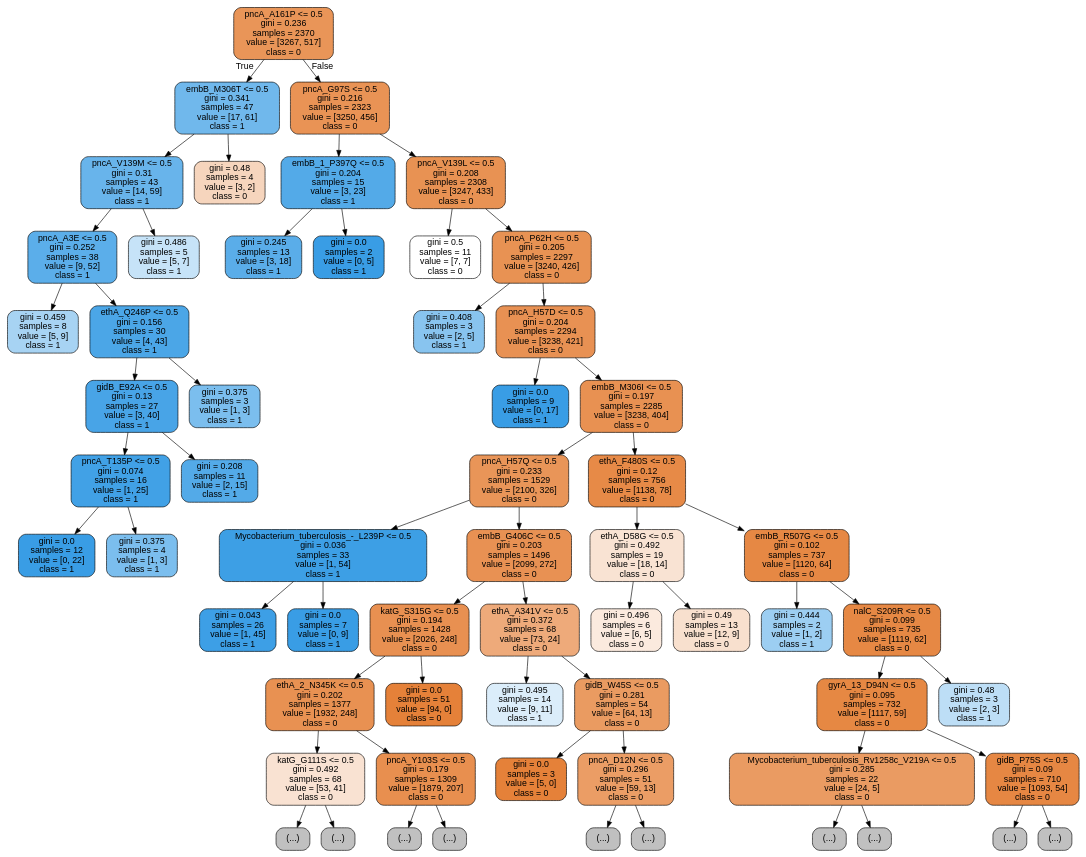
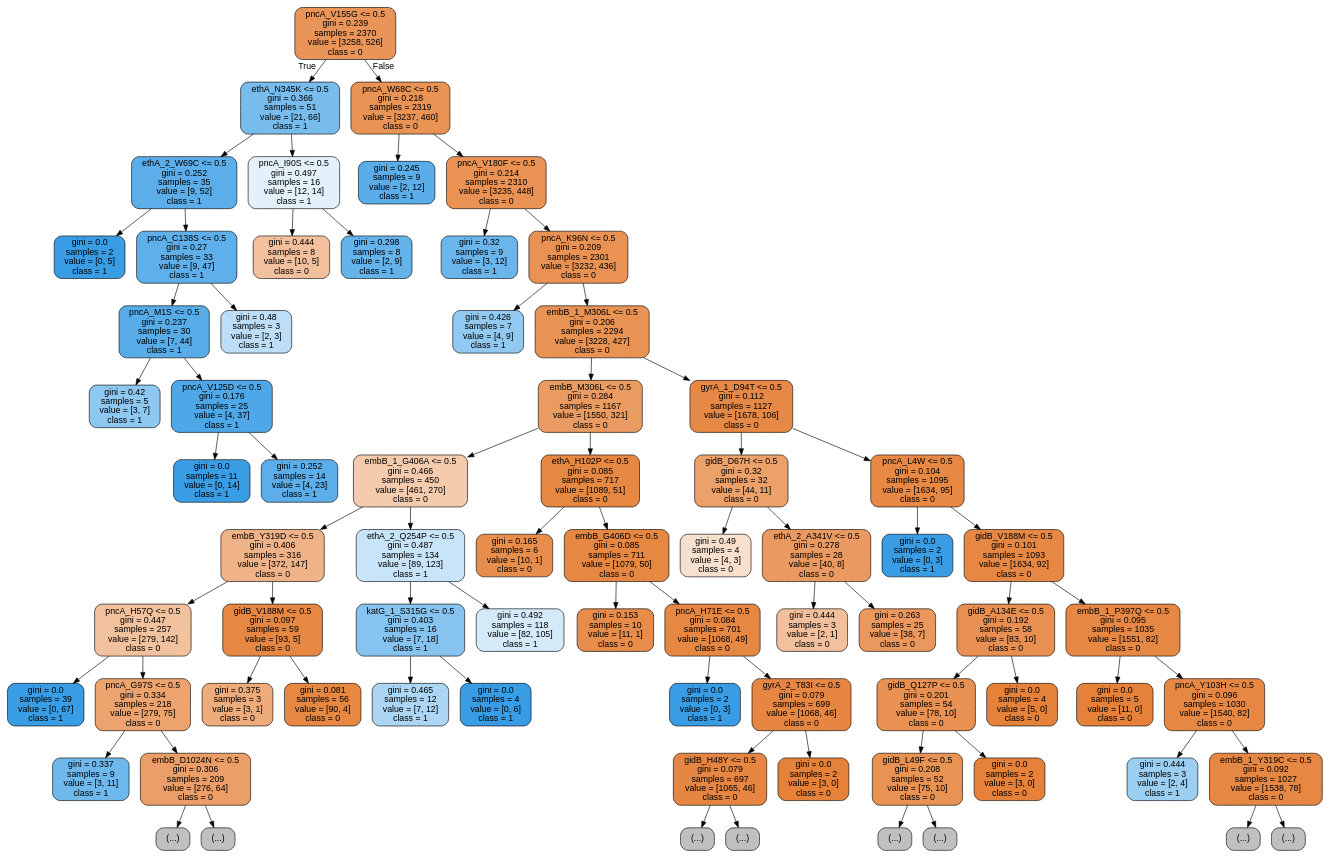
The diagram in code/method/tree.dot (Fortissible/tuberculosis-resistance-classification), drawn with Graphviz before and after one commit. The commit also changed 62 other files, not shown here.

```diff
--- a/code/method/tree.dot
+++ b/code/method/tree.dot
@@ -1,125 +1,149 @@
 digraph Tree {
 node [shape=box, style="filled, rounded", color="black", fontname="helvetica"] ;
 edge [fontname="helvetica"] ;
-0 [label="pncA_A161P <= 0.5\ngini = 0.236\nsamples = 2370\nvalue = [3267, 517]\nclass = 0", fillcolor="#e99558"] ;
-1 [label="embB_M306T <= 0.5\ngini = 0.341\nsamples = 47\nvalue = [17, 61]\nclass = 1", fillcolor="#70b8ec"] ;
+0 [label="pncA_V155G <= 0.5\ngini = 0.239\nsamples = 2370\nvalue = [3258, 526]\nclass = 0", fillcolor="#e99559"] ;
+1 [label="ethA_N345K <= 0.5\ngini = 0.366\nsamples = 51\nvalue = [21, 66]\nclass = 1", fillcolor="#78bced"] ;
 0 -> 1 [labeldistance=2.5, labelangle=45, headlabel="True"] ;
-2 [label="pncA_V139M <= 0.5\ngini = 0.31\nsamples = 43\nvalue = [14, 59]\nclass = 1", fillcolor="#68b4eb"] ;
+2 [label="ethA_2_W69C <= 0.5\ngini = 0.252\nsamples = 35\nvalue = [9, 52]\nclass = 1", fillcolor="#5baeea"] ;
 1 -> 2 ;
-3 [label="pncA_A3E <= 0.5\ngini = 0.252\nsamples = 38\nvalue = [9, 52]\nclass = 1", fillcolor="#5baeea"] ;
+3 [label="gini = 0.0\nsamples = 2\nvalue = [0, 5]\nclass = 1", fillcolor="#399de5"] ;
 2 -> 3 ;
-4 [label="gini = 0.459\nsamples = 8\nvalue = [5, 9]\nclass = 1", fillcolor="#a7d3f3"] ;
-3 -> 4 ;
-5 [label="ethA_Q246P <= 0.5\ngini = 0.156\nsamples = 30\nvalue = [4, 43]\nclass = 1", fillcolor="#4ba6e7"] ;
-3 -> 5 ;
-6 [label="gidB_E92A <= 0.5\ngini = 0.13\nsamples = 27\nvalue = [3, 40]\nclass = 1", fillcolor="#48a4e7"] ;
+4 [label="pncA_C138S <= 0.5\ngini = 0.27\nsamples = 33\nvalue = [9, 47]\nclass = 1", fillcolor="#5fb0ea"] ;
+2 -> 4 ;
+5 [label="pncA_M1S <= 0.5\ngini = 0.237\nsamples = 30\nvalue = [7, 44]\nclass = 1", fillcolor="#58ade9"] ;
+4 -> 5 ;
+6 [label="gini = 0.42\nsamples = 5\nvalue = [3, 7]\nclass = 1", fillcolor="#8ec7f0"] ;
 5 -> 6 ;
-7 [label="pncA_T135P <= 0.5\ngini = 0.074\nsamples = 16\nvalue = [1, 25]\nclass = 1", fillcolor="#41a1e6"] ;
-6 -> 7 ;
-8 [label="gini = 0.0\nsamples = 12\nvalue = [0, 22]\nclass = 1", fillcolor="#399de5"] ;
+7 [label="pncA_V125D <= 0.5\ngini = 0.176\nsamples = 25\nvalue = [4, 37]\nclass = 1", fillcolor="#4ea8e8"] ;
+5 -> 7 ;
+8 [label="gini = 0.0\nsamples = 11\nvalue = [0, 14]\nclass = 1", fillcolor="#399de5"] ;
 7 -> 8 ;
-9 [label="gini = 0.375\nsamples = 4\nvalue = [1, 3]\nclass = 1", fillcolor="#7bbeee"] ;
+9 [label="gini = 0.252\nsamples = 14\nvalue = [4, 23]\nclass = 1", fillcolor="#5baeea"] ;
 7 -> 9 ;
-10 [label="gini = 0.208\nsamples = 11\nvalue = [2, 15]\nclass = 1", fillcolor="#53aae8"] ;
-6 -> 10 ;
-11 [label="gini = 0.375\nsamples = 3\nvalue = [1, 3]\nclass = 1", fillcolor="#7bbeee"] ;
-5 -> 11 ;
-12 [label="gini = 0.486\nsamples = 5\nvalue = [5, 7]\nclass = 1", fillcolor="#c6e3f8"] ;
-2 -> 12 ;
-13 [label="gini = 0.48\nsamples = 4\nvalue = [3, 2]\nclass = 0", fillcolor="#f6d5bd"] ;
-1 -> 13 ;
-14 [label="pncA_G97S <= 0.5\ngini = 0.216\nsamples = 2323\nvalue = [3250, 456]\nclass = 0", fillcolor="#e99355"] ;
+10 [label="gini = 0.48\nsamples = 3\nvalue = [2, 3]\nclass = 1", fillcolor="#bddef6"] ;
+4 -> 10 ;
+11 [label="pncA_I90S <= 0.5\ngini = 0.497\nsamples = 16\nvalue = [12, 14]\nclass = 1", fillcolor="#e3f1fb"] ;
+1 -> 11 ;
+12 [label="gini = 0.444\nsamples = 8\nvalue = [10, 5]\nclass = 0", fillcolor="#f2c09c"] ;
+11 -> 12 ;
+13 [label="gini = 0.298\nsamples = 8\nvalue = [2, 9]\nclass = 1", fillcolor="#65b3eb"] ;
+11 -> 13 ;
+14 [label="pncA_W68C <= 0.5\ngini = 0.218\nsamples = 2319\nvalue = [3237, 460]\nclass = 0", fillcolor="#e99355"] ;
 0 -> 14 [labeldistance=2.5, labelangle=-45, headlabel="False"] ;
-15 [label="embB_1_P397Q <= 0.5\ngini = 0.204\nsamples = 15\nvalue = [3, 23]\nclass = 1", fillcolor="#53aae8"] ;
+15 [label="gini = 0.245\nsamples = 9\nvalue = [2, 12]\nclass = 1", fillcolor="#5aade9"] ;
 14 -> 15 ;
-16 [label="gini = 0.245\nsamples = 13\nvalue = [3, 18]\nclass = 1", fillcolor="#5aade9"] ;
-15 -> 16 ;
-17 [label="gini = 0.0\nsamples = 2\nvalue = [0, 5]\nclass = 1", fillcolor="#399de5"] ;
-15 -> 17 ;
-18 [label="pncA_V139L <= 0.5\ngini = 0.208\nsamples = 2308\nvalue = [3247, 433]\nclass = 0", fillcolor="#e89253"] ;
-14 -> 18 ;
-19 [label="gini = 0.5\nsamples = 11\nvalue = [7, 7]\nclass = 0", fillcolor="#ffffff"] ;
+16 [label="pncA_V180F <= 0.5\ngini = 0.214\nsamples = 2310\nvalue = [3235, 448]\nclass = 0", fillcolor="#e99254"] ;
+14 -> 16 ;
+17 [label="gini = 0.32\nsamples = 9\nvalue = [3, 12]\nclass = 1", fillcolor="#6ab6ec"] ;
+16 -> 17 ;
+18 [label="pncA_K96N <= 0.5\ngini = 0.209\nsamples = 2301\nvalue = [3232, 436]\nclass = 0", fillcolor="#e99254"] ;
+16 -> 18 ;
+19 [label="gini = 0.426\nsamples = 7\nvalue = [4, 9]\nclass = 1", fillcolor="#91c9f1"] ;
 18 -> 19 ;
-20 [label="pncA_P62H <= 0.5\ngini = 0.205\nsamples = 2297\nvalue = [3240, 426]\nclass = 0", fillcolor="#e89253"] ;
+20 [label="embB_1_M306L <= 0.5\ngini = 0.206\nsamples = 2294\nvalue = [3228, 427]\nclass = 0", fillcolor="#e89253"] ;
 18 -> 20 ;
-21 [label="gini = 0.408\nsamples = 3\nvalue = [2, 5]\nclass = 1", fillcolor="#88c4ef"] ;
+21 [label="embB_M306L <= 0.5\ngini = 0.284\nsamples = 1167\nvalue = [1550, 321]\nclass = 0", fillcolor="#ea9b62"] ;
 20 -> 21 ;
-22 [label="pncA_H57D <= 0.5\ngini = 0.204\nsamples = 2294\nvalue = [3238, 421]\nclass = 0", fillcolor="#e89153"] ;
-20 -> 22 ;
-23 [label="gini = 0.0\nsamples = 9\nvalue = [0, 17]\nclass = 1", fillcolor="#399de5"] ;
+22 [label="embB_1_G406A <= 0.5\ngini = 0.466\nsamples = 450\nvalue = [461, 270]\nclass = 0", fillcolor="#f4cbad"] ;
+21 -> 22 ;
+23 [label="embB_Y319D <= 0.5\ngini = 0.406\nsamples = 316\nvalue = [372, 147]\nclass = 0", fillcolor="#efb387"] ;
 22 -> 23 ;
-24 [label="embB_M306I <= 0.5\ngini = 0.197\nsamples = 2285\nvalue = [3238, 404]\nclass = 0", fillcolor="#e89152"] ;
-22 -> 24 ;
-25 [label="pncA_H57Q <= 0.5\ngini = 0.233\nsamples = 1529\nvalue = [2100, 326]\nclass = 0", fillcolor="#e99558"] ;
+24 [label="pncA_H57Q <= 0.5\ngini = 0.447\nsamples = 257\nvalue = [279, 142]\nclass = 0", fillcolor="#f2c19e"] ;
+23 -> 24 ;
+25 [label="gini = 0.0\nsamples = 39\nvalue = [0, 67]\nclass = 1", fillcolor="#399de5"] ;
 24 -> 25 ;
-26 [label="Mycobacterium_tuberculosis_-_L239P <= 0.5\ngini = 0.036\nsamples = 33\nvalue = [1, 54]\nclass = 1", fillcolor="#3d9fe5"] ;
-25 -> 26 ;
-27 [label="gini = 0.043\nsamples = 26\nvalue = [1, 45]\nclass = 1", fillcolor="#3d9fe6"] ;
+26 [label="pncA_G97S <= 0.5\ngini = 0.334\nsamples = 218\nvalue = [279, 75]\nclass = 0", fillcolor="#eca36e"] ;
+24 -> 26 ;
+27 [label="gini = 0.337\nsamples = 9\nvalue = [3, 11]\nclass = 1", fillcolor="#6fb8ec"] ;
 26 -> 27 ;
-28 [label="gini = 0.0\nsamples = 7\nvalue = [0, 9]\nclass = 1", fillcolor="#399de5"] ;
+28 [label="embB_D1024N <= 0.5\ngini = 0.306\nsamples = 209\nvalue = [276, 64]\nclass = 0", fillcolor="#eb9e67"] ;
 26 -> 28 ;
-29 [label="embB_G406C <= 0.5\ngini = 0.203\nsamples = 1496\nvalue = [2099, 272]\nclass = 0", fillcolor="#e89153"] ;
-25 -> 29 ;
-30 [label="katG_S315G <= 0.5\ngini = 0.194\nsamples = 1428\nvalue = [2026, 248]\nclass = 0", fillcolor="#e89051"] ;
-29 -> 30 ;
-31 [label="ethA_2_N345K <= 0.5\ngini = 0.202\nsamples = 1377\nvalue = [1932, 248]\nclass = 0", fillcolor="#e89152"] ;
-30 -> 31 ;
-32 [label="katG_G111S <= 0.5\ngini = 0.492\nsamples = 68\nvalue = [53, 41]\nclass = 0", fillcolor="#f9e2d2"] ;
-31 -> 32 ;
-33 [label="(...)", fillcolor="#C0C0C0"] ;
-32 -> 33 ;
-42 [label="(...)", fillcolor="#C0C0C0"] ;
-32 -> 42 ;
-43 [label="pncA_Y103S <= 0.5\ngini = 0.179\nsamples = 1309\nvalue = [1879, 207]\nclass = 0", fillcolor="#e88f4f"] ;
-31 -> 43 ;
-44 [label="(...)", fillcolor="#C0C0C0"] ;
+29 [label="(...)", fillcolor="#C0C0C0"] ;
+28 -> 29 ;
+36 [label="(...)", fillcolor="#C0C0C0"] ;
+28 -> 36 ;
+43 [label="gidB_V188M <= 0.5\ngini = 0.097\nsamples = 59\nvalue = [93, 5]\nclass = 0", fillcolor="#e68844"] ;
+23 -> 43 ;
+44 [label="gini = 0.375\nsamples = 3\nvalue = [3, 1]\nclass = 0", fillcolor="#eeab7b"] ;
 43 -> 44 ;
-45 [label="(...)", fillcolor="#C0C0C0"] ;
+45 [label="gini = 0.081\nsamples = 56\nvalue = [90, 4]\nclass = 0", fillcolor="#e68742"] ;
 43 -> 45 ;
-120 [label="gini = 0.0\nsamples = 51\nvalue = [94, 0]\nclass = 0", fillcolor="#e58139"] ;
-30 -> 120 ;
-121 [label="ethA_A341V <= 0.5\ngini = 0.372\nsamples = 68\nvalue = [73, 24]\nclass = 0", fillcolor="#eeaa7a"] ;
-29 -> 121 ;
-122 [label="gini = 0.495\nsamples = 14\nvalue = [9, 11]\nclass = 1", fillcolor="#dbedfa"] ;
-121 -> 122 ;
-123 [label="gidB_W45S <= 0.5\ngini = 0.281\nsamples = 54\nvalue = [64, 13]\nclass = 0", fillcolor="#ea9b61"] ;
-121 -> 123 ;
-124 [label="gini = 0.0\nsamples = 3\nvalue = [5, 0]\nclass = 0", fillcolor="#e58139"] ;
-123 -> 124 ;
-125 [label="pncA_D12N <= 0.5\ngini = 0.296\nsamples = 51\nvalue = [59, 13]\nclass = 0", fillcolor="#eb9d65"] ;
-123 -> 125 ;
-126 [label="(...)", fillcolor="#C0C0C0"] ;
-125 -> 126 ;
-127 [label="(...)", fillcolor="#C0C0C0"] ;
-125 -> 127 ;
-128 [label="ethA_F480S <= 0.5\ngini = 0.12\nsamples = 756\nvalue = [1138, 78]\nclass = 0", fillcolor="#e78a47"] ;
-24 -> 128 ;
-129 [label="ethA_D58G <= 0.5\ngini = 0.492\nsamples = 19\nvalue = [18, 14]\nclass = 0", fillcolor="#f9e3d3"] ;
-128 -> 129 ;
-130 [label="gini = 0.496\nsamples = 6\nvalue = [6, 5]\nclass = 0", fillcolor="#fbeade"] ;
-129 -> 130 ;
-131 [label="gini = 0.49\nsamples = 13\nvalue = [12, 9]\nclass = 0", fillcolor="#f8e0ce"] ;
-129 -> 131 ;
-132 [label="embB_R507G <= 0.5\ngini = 0.102\nsamples = 737\nvalue = [1120, 64]\nclass = 0", fillcolor="#e68844"] ;
-128 -> 132 ;
-133 [label="gini = 0.444\nsamples = 2\nvalue = [1, 2]\nclass = 1", fillcolor="#9ccef2"] ;
-132 -> 133 ;
-134 [label="nalC_S209R <= 0.5\ngini = 0.099\nsamples = 735\nvalue = [1119, 62]\nclass = 0", fillcolor="#e68844"] ;
-132 -> 134 ;
-135 [label="gyrA_13_D94N <= 0.5\ngini = 0.095\nsamples = 732\nvalue = [1117, 59]\nclass = 0", fillcolor="#e68843"] ;
-134 -> 135 ;
-136 [label="Mycobacterium_tuberculosis_Rv1258c_V219A <= 0.5\ngini = 0.285\nsamples = 22\nvalue = [24, 5]\nclass = 0", fillcolor="#ea9b62"] ;
-135 -> 136 ;
-137 [label="(...)", fillcolor="#C0C0C0"] ;
-136 -> 137 ;
-138 [label="(...)", fillcolor="#C0C0C0"] ;
-136 -> 138 ;
-139 [label="gidB_P75S <= 0.5\ngini = 0.09\nsamples = 710\nvalue = [1093, 54]\nclass = 0", fillcolor="#e68743"] ;
-135 -> 139 ;
-140 [label="(...)", fillcolor="#C0C0C0"] ;
-139 -> 140 ;
-141 [label="(...)", fillcolor="#C0C0C0"] ;
-139 -> 141 ;
-154 [label="gini = 0.48\nsamples = 3\nvalue = [2, 3]\nclass = 1", fillcolor="#bddef6"] ;
-134 -> 154 ;
+46 [label="ethA_2_Q254P <= 0.5\ngini = 0.487\nsamples = 134\nvalue = [89, 123]\nclass = 1", fillcolor="#c8e4f8"] ;
+22 -> 46 ;
+47 [label="katG_1_S315G <= 0.5\ngini = 0.403\nsamples = 16\nvalue = [7, 18]\nclass = 1", fillcolor="#86c3ef"] ;
+46 -> 47 ;
+48 [label="gini = 0.465\nsamples = 12\nvalue = [7, 12]\nclass = 1", fillcolor="#acd6f4"] ;
+47 -> 48 ;
+49 [label="gini = 0.0\nsamples = 4\nvalue = [0, 6]\nclass = 1", fillcolor="#399de5"] ;
+47 -> 49 ;
+50 [label="gini = 0.492\nsamples = 118\nvalue = [82, 105]\nclass = 1", fillcolor="#d4eaf9"] ;
+46 -> 50 ;
+51 [label="ethA_H102P <= 0.5\ngini = 0.085\nsamples = 717\nvalue = [1089, 51]\nclass = 0", fillcolor="#e68742"] ;
+21 -> 51 ;
+52 [label="gini = 0.165\nsamples = 6\nvalue = [10, 1]\nclass = 0", fillcolor="#e88e4d"] ;
+51 -> 52 ;
+53 [label="embB_G406D <= 0.5\ngini = 0.085\nsamples = 711\nvalue = [1079, 50]\nclass = 0", fillcolor="#e68742"] ;
+51 -> 53 ;
+54 [label="gini = 0.153\nsamples = 10\nvalue = [11, 1]\nclass = 0", fillcolor="#e78c4b"] ;
+53 -> 54 ;
+55 [label="pncA_H71E <= 0.5\ngini = 0.084\nsamples = 701\nvalue = [1068, 49]\nclass = 0", fillcolor="#e68742"] ;
+53 -> 55 ;
+56 [label="gini = 0.0\nsamples = 2\nvalue = [0, 3]\nclass = 1", fillcolor="#399de5"] ;
+55 -> 56 ;
+57 [label="gyrA_2_T83I <= 0.5\ngini = 0.079\nsamples = 699\nvalue = [1068, 46]\nclass = 0", fillcolor="#e68642"] ;
+55 -> 57 ;
+58 [label="gidB_H48Y <= 0.5\ngini = 0.079\nsamples = 697\nvalue = [1065, 46]\nclass = 0", fillcolor="#e68642"] ;
+57 -> 58 ;
+59 [label="(...)", fillcolor="#C0C0C0"] ;
+58 -> 59 ;
+60 [label="(...)", fillcolor="#C0C0C0"] ;
+58 -> 60 ;
+67 [label="gini = 0.0\nsamples = 2\nvalue = [3, 0]\nclass = 0", fillcolor="#e58139"] ;
+57 -> 67 ;
+68 [label="gyrA_1_D94T <= 0.5\ngini = 0.112\nsamples = 1127\nvalue = [1678, 106]\nclass = 0", fillcolor="#e78946"] ;
+20 -> 68 ;
+69 [label="gidB_D67H <= 0.5\ngini = 0.32\nsamples = 32\nvalue = [44, 11]\nclass = 0", fillcolor="#eca06a"] ;
+68 -> 69 ;
+70 [label="gini = 0.49\nsamples = 4\nvalue = [4, 3]\nclass = 0", fillcolor="#f8e0ce"] ;
+69 -> 70 ;
+71 [label="ethA_2_A341V <= 0.5\ngini = 0.278\nsamples = 28\nvalue = [40, 8]\nclass = 0", fillcolor="#ea9a61"] ;
+69 -> 71 ;
+72 [label="gini = 0.444\nsamples = 3\nvalue = [2, 1]\nclass = 0", fillcolor="#f2c09c"] ;
+71 -> 72 ;
+73 [label="gini = 0.263\nsamples = 25\nvalue = [38, 7]\nclass = 0", fillcolor="#ea985d"] ;
+71 -> 73 ;
+74 [label="pncA_L4W <= 0.5\ngini = 0.104\nsamples = 1095\nvalue = [1634, 95]\nclass = 0", fillcolor="#e78845"] ;
+68 -> 74 ;
+75 [label="gini = 0.0\nsamples = 2\nvalue = [0, 3]\nclass = 1", fillcolor="#399de5"] ;
+74 -> 75 ;
+76 [label="gidB_V188M <= 0.5\ngini = 0.101\nsamples = 1093\nvalue = [1634, 92]\nclass = 0", fillcolor="#e68844"] ;
+74 -> 76 ;
+77 [label="gidB_A134E <= 0.5\ngini = 0.192\nsamples = 58\nvalue = [83, 10]\nclass = 0", fillcolor="#e89051"] ;
+76 -> 77 ;
+78 [label="gidB_Q127P <= 0.5\ngini = 0.201\nsamples = 54\nvalue = [78, 10]\nclass = 0", fillcolor="#e89152"] ;
+77 -> 78 ;
+79 [label="gidB_L49F <= 0.5\ngini = 0.208\nsamples = 52\nvalue = [75, 10]\nclass = 0", fillcolor="#e89253"] ;
+78 -> 79 ;
+80 [label="(...)", fillcolor="#C0C0C0"] ;
+79 -> 80 ;
+81 [label="(...)", fillcolor="#C0C0C0"] ;
+79 -> 81 ;
+84 [label="gini = 0.0\nsamples = 2\nvalue = [3, 0]\nclass = 0", fillcolor="#e58139"] ;
+78 -> 84 ;
+85 [label="gini = 0.0\nsamples = 4\nvalue = [5, 0]\nclass = 0", fillcolor="#e58139"] ;
+77 -> 85 ;
+86 [label="embB_1_P397Q <= 0.5\ngini = 0.095\nsamples = 1035\nvalue = [1551, 82]\nclass = 0", fillcolor="#e68843"] ;
+76 -> 86 ;
+87 [label="gini = 0.0\nsamples = 5\nvalue = [11, 0]\nclass = 0", fillcolor="#e58139"] ;
+86 -> 87 ;
+88 [label="pncA_Y103H <= 0.5\ngini = 0.096\nsamples = 1030\nvalue = [1540, 82]\nclass = 0", fillcolor="#e68844"] ;
+86 -> 88 ;
+89 [label="gini = 0.444\nsamples = 3\nvalue = [2, 4]\nclass = 1", fillcolor="#9ccef2"] ;
+88 -> 89 ;
+90 [label="embB_1_Y319C <= 0.5\ngini = 0.092\nsamples = 1027\nvalue = [1538, 78]\nclass = 0", fillcolor="#e68743"] ;
+88 -> 90 ;
+91 [label="(...)", fillcolor="#C0C0C0"] ;
+90 -> 91 ;
+92 [label="(...)", fillcolor="#C0C0C0"] ;
+90 -> 92 ;
 }
```
